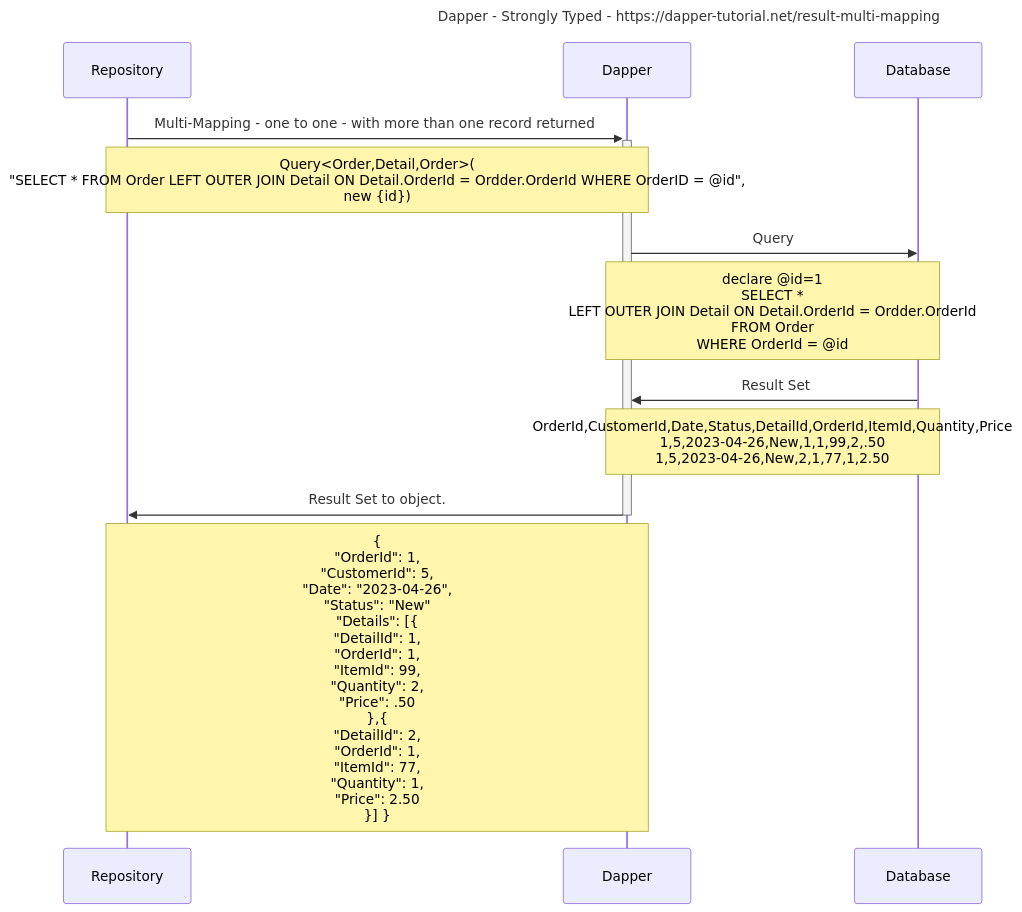
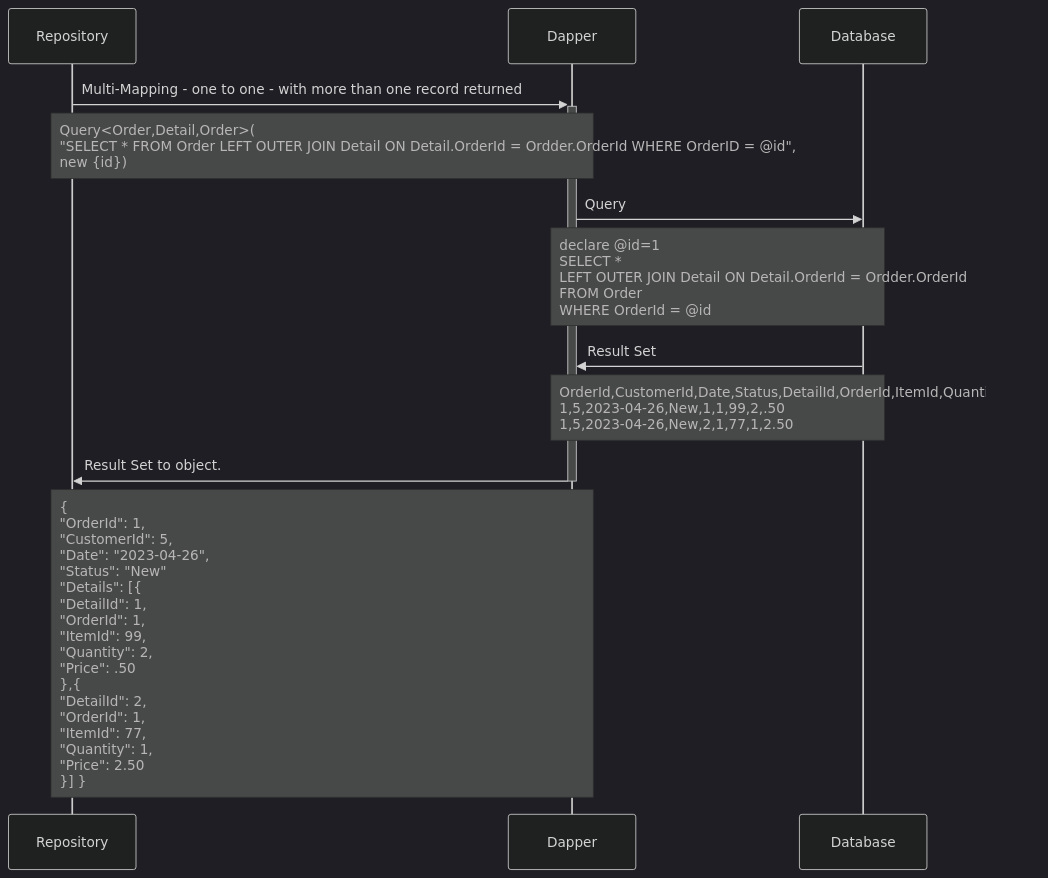
One commit to pauljeanquart/mermaid changed the seventh of 7 diagrams in dapper.md. Above: the diagram before and after it, drawn with Mermaid. The commit also changed other lines of this file, not shown here.

````diff
--- a/dapper.md
+++ b/dapper.md
@@ -133,15 +136,13 @@
 ```mermaid
----
-title: Dapper - Strongly Typed - https://dapper-tutorial.net/result-multi-mapping
----
+%%{init:{ "theme": "dark", "noteAlign": "left", "messageAlign": "left" } }%%
 sequenceDiagram
 
     Repository->>+Dapper: Multi-Mapping - one to one - with more than one record returned
         Note over Repository,Dapper: Query<Order,Detail,Order>(<br>"SELECT * FROM Order LEFT OUTER JOIN Detail ON Detail.OrderId = Ordder.OrderId WHERE OrderID = @id",<br>new {id})
         Dapper->>Database: Query
           Note over Dapper,Database: declare @id=1<br>SELECT *<br>LEFT OUTER JOIN Detail ON Detail.OrderId = Ordder.OrderId<br>FROM Order<br>WHERE OrderId = @id
         Database->>Dapper: Result Set
           Note over Dapper,Database: OrderId,CustomerId,Date,Status,DetailId,OrderId,ItemId,Quantity,Price<br>1,5,2023-04-26,New,1,1,99,2,.50<br>1,5,2023-04-26,New,2,1,77,1,2.50
     Dapper->>-Repository: Result Set to object.
       Note over Dapper,Repository: {<br>"OrderId": 1,<br>"CustomerId": 5,<br>"Date": "2023-04-26",<br>"Status": "New"<br>"Details": [{<br>"DetailId": 1,<br>"OrderId": 1,<br>"ItemId": 99,<br>"Quantity": 2,<br>"Price": .50<br>},{<br>"DetailId": 2,<br>"OrderId": 1,<br>"ItemId": 77,<br>"Quantity": 1,<br>"Price": 2.50<br>}] }
 ```
````
